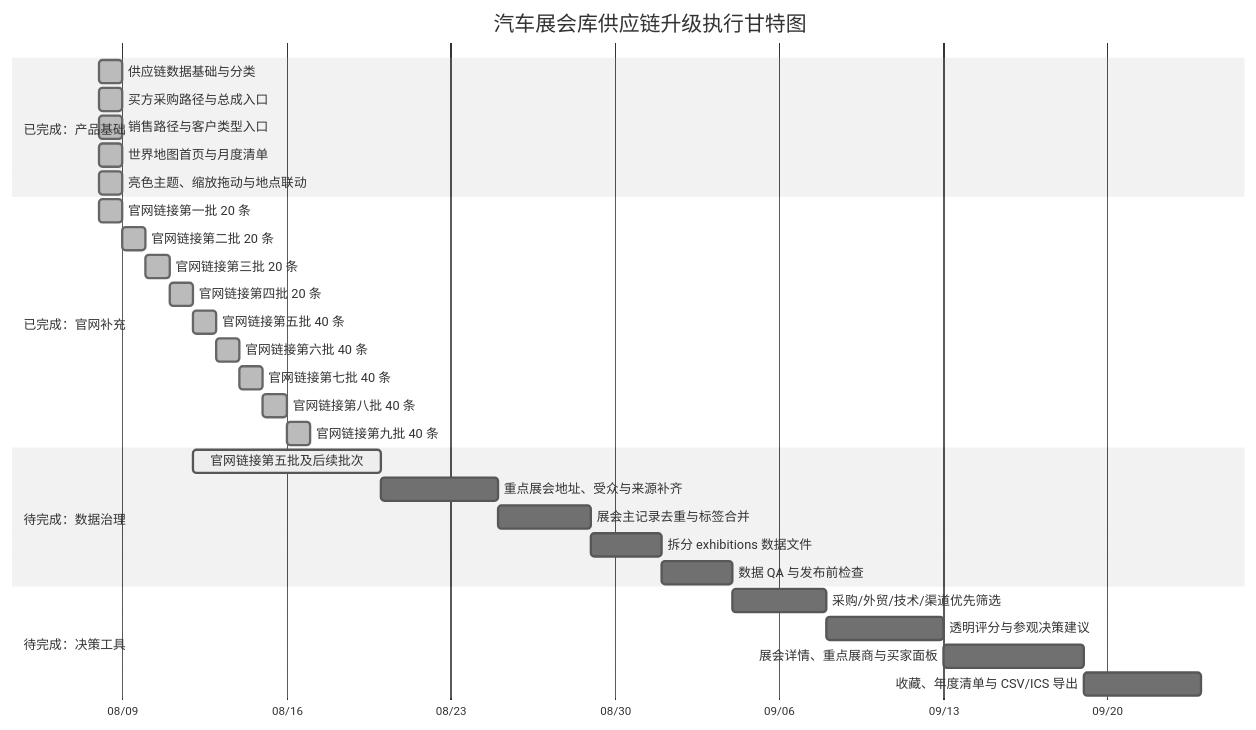
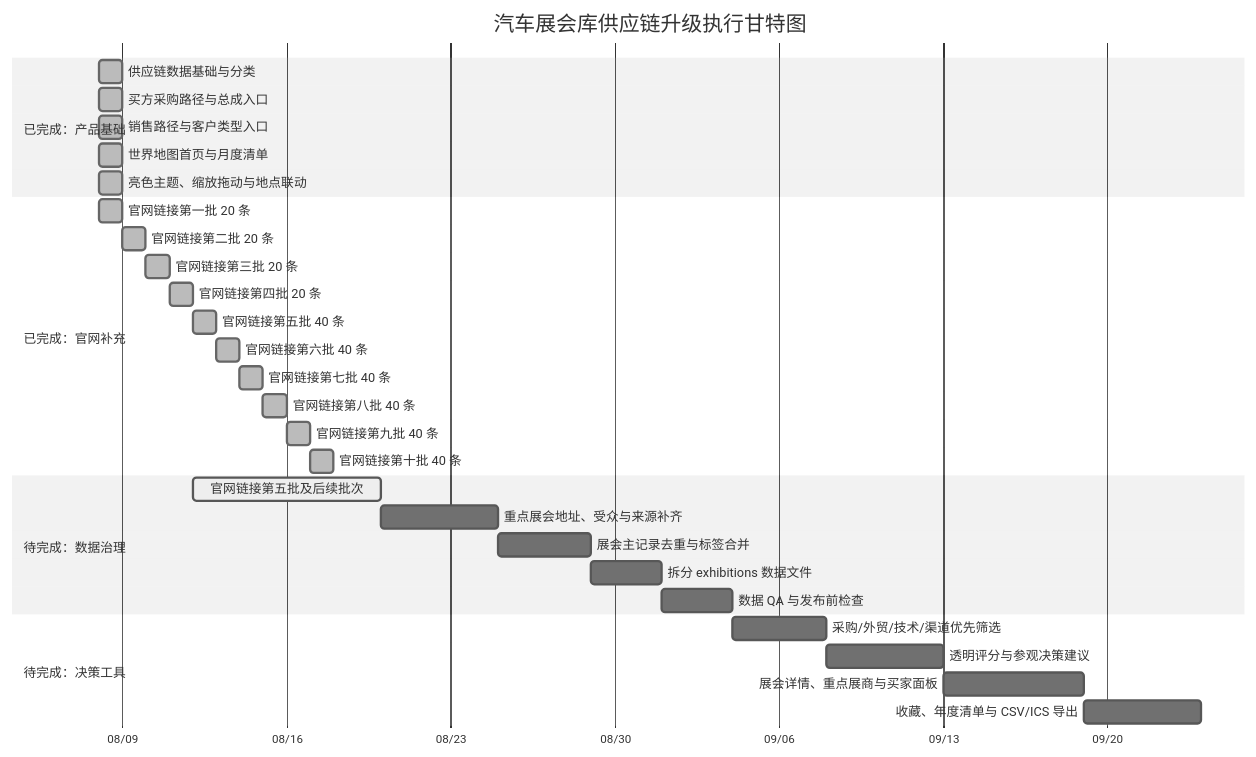
One commit to Cloudyluk/auto-expo changed the diagram in docs/PROJECT_PROGRESS.md. Above: the diagram before and after it, drawn with Mermaid (neutral theme). The commit also changed other lines of this file and 2 other files, not shown here.

Commit message:
Add tenth batch of official exhibition links

````diff
--- a/docs/PROJECT_PROGRESS.md
+++ b/docs/PROJECT_PROGRESS.md
@@ -19,33 +19,34 @@
 ```mermaid
 gantt
     title 汽车展会库供应链升级执行甘特图
     dateFormat  YYYY-MM-DD
     axisFormat  %m/%d
     section 已完成：产品基础
     供应链数据基础与分类             :done, foundation, 2026-08-08, 1d
     买方采购路径与总成入口           :done, buyer, 2026-08-08, 1d
     销售路径与客户类型入口           :done, seller, 2026-08-08, 1d
     世界地图首页与月度清单           :done, map, 2026-08-08, 1d
     亮色主题、缩放拖动与地点联动     :done, interaction, 2026-08-08, 1d
     section 已完成：官网补充
     官网链接第一批 20 条             :done, links1, 2026-08-08, 1d
     官网链接第二批 20 条             :done, links2, after links1, 1d
     官网链接第三批 20 条             :done, links3, after links2, 1d
     官网链接第四批 20 条             :done, links4, after links3, 1d
     官网链接第五批 40 条             :done, links5done, after links4, 1d
     官网链接第六批 40 条             :done, links6done, after links5done, 1d
     官网链接第七批 40 条             :done, links7done, after links6done, 1d
     官网链接第八批 40 条             :done, links8done, after links7done, 1d
     官网链接第九批 40 条             :done, links9done, after links8done, 1d
+    官网链接第十批 40 条             :done, links10done, after links9done, 1d
     section 待完成：数据治理
     官网链接第五批及后续批次         :active, links5, after links4, 8d
     重点展会地址、受众与来源补齐     :fields, after links5, 5d
     展会主记录去重与标签合并         :dedupe, after fields, 4d
     拆分 exhibitions 数据文件        :split, after dedupe, 3d
     数据 QA 与发布前检查              :qa, after split, 3d
     section 待完成：决策工具
     采购/外贸/技术/渠道优先筛选       :filters, after qa, 4d
     透明评分与参观决策建议           :score, after filters, 5d
     展会详情、重点展商与买家面板      :detail, after score, 6d
     收藏、年度清单与 CSV/ICS 导出     :plan, after detail, 5d
 ```
````
